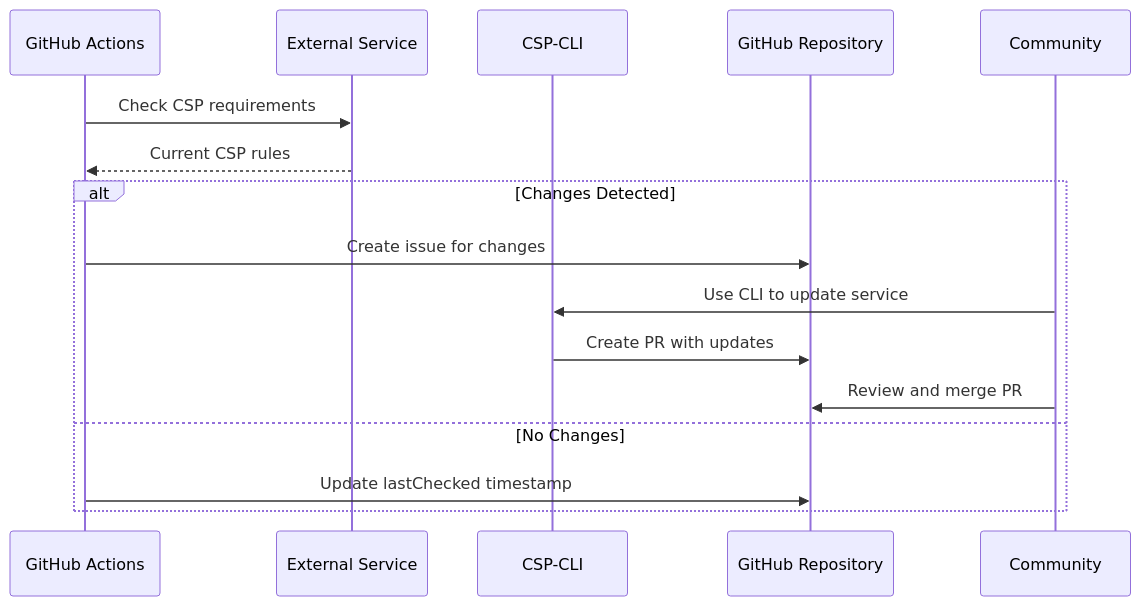
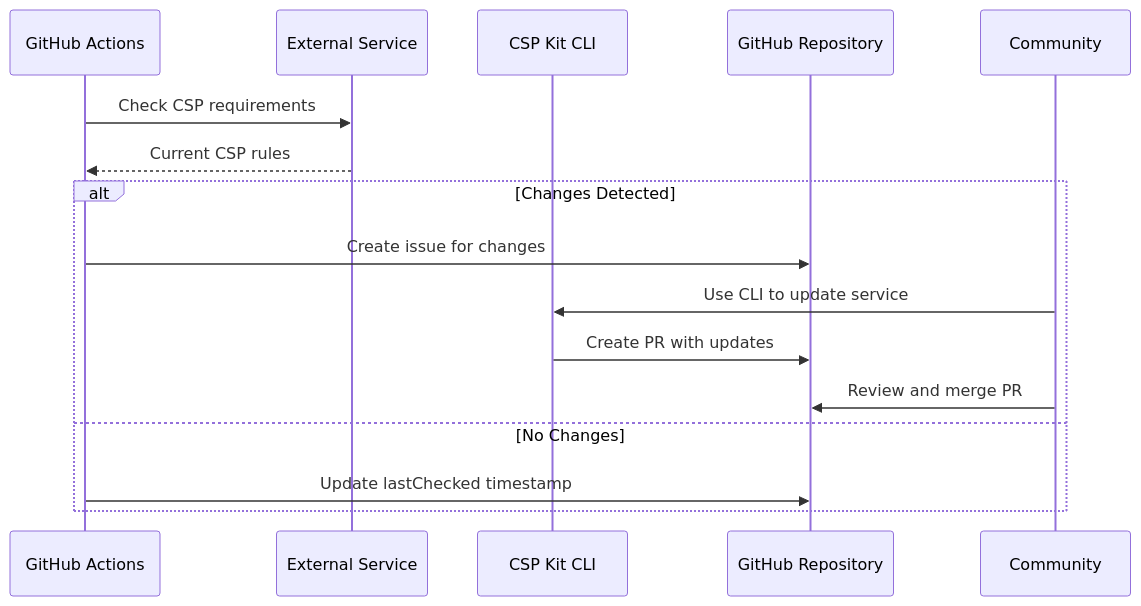
Before and after one commit to eason-dev/csp-js: the fourth of 4 diagrams in docs/ARCHITECTURE.md, drawn with Mermaid. The commit also changed other lines of this file and 7 other files, not shown here.

````diff
--- a/docs/ARCHITECTURE.md
+++ b/docs/ARCHITECTURE.md
@@ -250,20 +250,20 @@
 ```mermaid
 sequenceDiagram
     participant Monitor as GitHub Actions
     participant Service as External Service
-    participant CLI as CSP-CLI
+    participant CLI as CSP Kit CLI
     participant Repo as GitHub Repository
     participant Community as Community
 
     Monitor->>Service: Check CSP requirements
     Service-->>Monitor: Current CSP rules
 
     alt Changes Detected
         Monitor->>Repo: Create issue for changes
         Community->>CLI: Use CLI to update service
         CLI->>Repo: Create PR with updates
         Community->>Repo: Review and merge PR
     else No Changes
         Monitor->>Repo: Update lastChecked timestamp
     end
 ```
````
